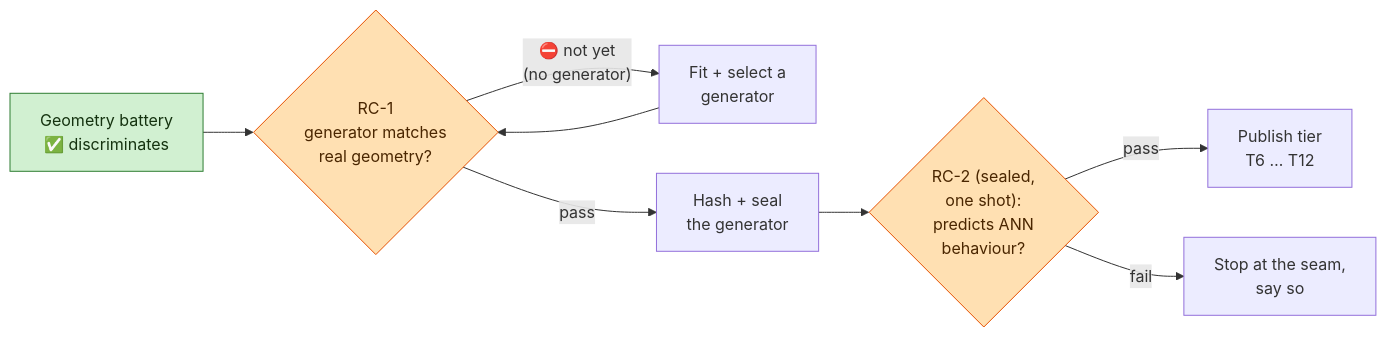
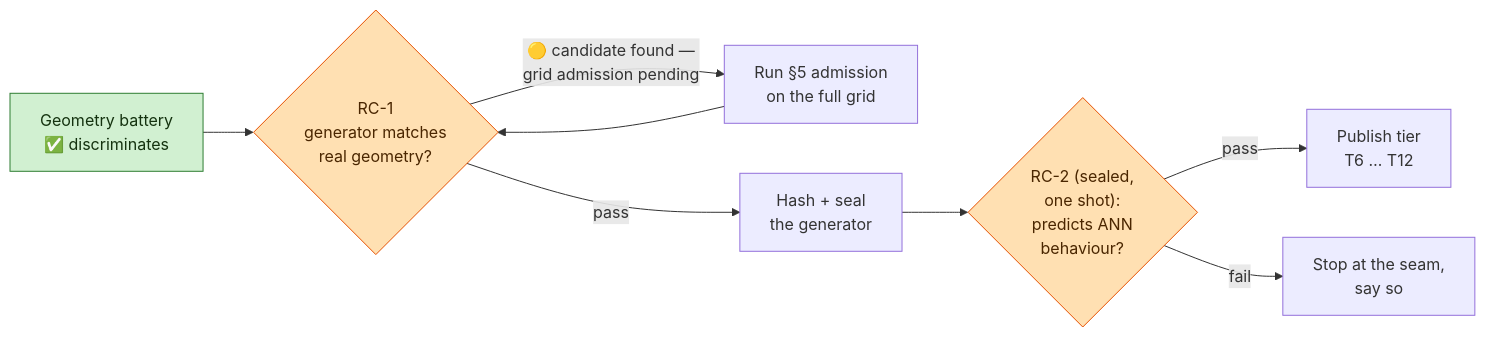
Before and after one commit to ahb-sjsu/openvector-bench: the second of 2 diagrams in README.md, drawn with Mermaid. The commit also changed other lines of this file, not shown here.

First line of the commit message:
docs(readme): RC-1 status — candidate found (8-round campaign closed), grid admission pending

````diff
--- a/README.md
+++ b/README.md
@@ -130,14 +130,14 @@
 ```mermaid
 flowchart LR
     B["Geometry battery<br/>✅ discriminates"] --> R1{"RC-1<br/>generator matches<br/>real geometry?"}
-    R1 -->|"⛔ not yet<br/>(no generator)"| FIT["Fit + select a<br/>generator"]
+    R1 -->|"🟡 candidate found —<br/>grid admission pending"| FIT["Run §5 admission<br/>on the full grid"]
     FIT --> R1
     R1 -->|pass| SEAL["Hash + seal<br/>the generator"]
     SEAL --> R2{"RC-2 (sealed,<br/>one shot):<br/>predicts ANN<br/>behaviour?"}
     R2 -->|pass| PUB["Publish tier<br/>T6 … T12"]
     R2 -->|fail| STOP["Stop at the seam,<br/>say so"]
     classDef done fill:#d1f0d1,stroke:#2e7d32,color:#14320f;
     classDef block fill:#ffe0b2,stroke:#e65100,color:#4a2600;
     class B done;
     class R1,R2 block;
 ```
````
